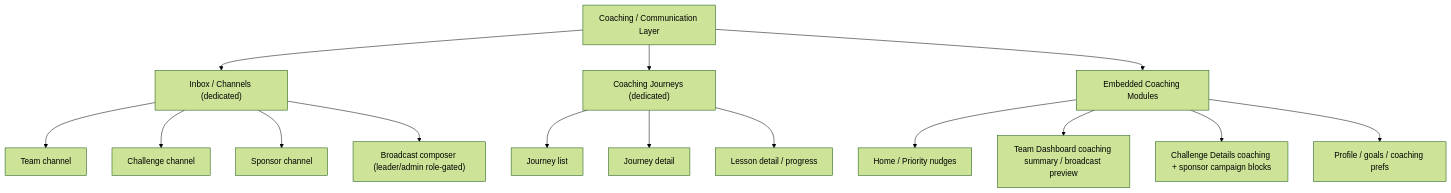
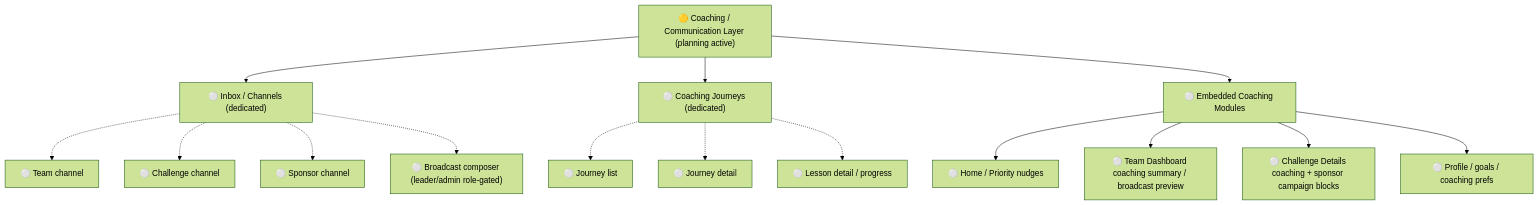
One commit to jonhazeltine/compass-kpi changed the fourth of 9 diagrams in docs/spec/appendix/INTENDED_WIRING_DIAGRAM.md. Above: the diagram before and after it, drawn with Mermaid (forest theme). The commit also changed other lines of this file and 4 other files, not shown here.

Commit message:
Land coaching integration planning package and activate W1 UI shells

````diff
--- a/docs/spec/appendix/INTENDED_WIRING_DIAGRAM.md
+++ b/docs/spec/appendix/INTENDED_WIRING_DIAGRAM.md
@@ -121,20 +121,20 @@
 ```mermaid
 flowchart TD
-  CC["Coaching / Communication Layer"] --> CC1["Inbox / Channels (dedicated)"]
-  CC --> CC2["Coaching Journeys (dedicated)"]
-  CC --> CC3["Embedded Coaching Modules"]
+  CC["🟡 Coaching / Communication Layer (planning active)"] --> CC1["⚪ Inbox / Channels (dedicated)"]
+  CC --> CC2["⚪ Coaching Journeys (dedicated)"]
+  CC --> CC3["⚪ Embedded Coaching Modules"]
 
-  CC3 --> CC3A["Home / Priority nudges"]
-  CC3 --> CC3B["Team Dashboard coaching summary / broadcast preview"]
-  CC3 --> CC3C["Challenge Details coaching + sponsor campaign blocks"]
-  CC3 --> CC3D["Profile / goals / coaching prefs"]
+  CC3 --> CC3A["⚪ Home / Priority nudges"]
+  CC3 --> CC3B["⚪ Team Dashboard coaching summary / broadcast preview"]
+  CC3 --> CC3C["⚪ Challenge Details coaching + sponsor campaign blocks"]
+  CC3 --> CC3D["⚪ Profile / goals / coaching prefs"]
 
-  CC1 --> CCT["Team channel"]
-  CC1 --> CCC["Challenge channel"]
-  CC1 --> CCS["Sponsor channel"]
-  CC1 --> CCB["Broadcast composer (leader/admin role-gated)"]
+  CC1 -.-> CCT["⚪ Team channel"]
+  CC1 -.-> CCC["⚪ Challenge channel"]
+  CC1 -.-> CCS["⚪ Sponsor channel"]
+  CC1 -.-> CCB["⚪ Broadcast composer (leader/admin role-gated)"]
 
-  CC2 --> J1["Journey list"]
-  CC2 --> J2["Journey detail"]
-  CC2 --> J3["Lesson detail / progress"]
+  CC2 -.-> J1["⚪ Journey list"]
+  CC2 -.-> J2["⚪ Journey detail"]
+  CC2 -.-> J3["⚪ Lesson detail / progress"]
 ```
````
